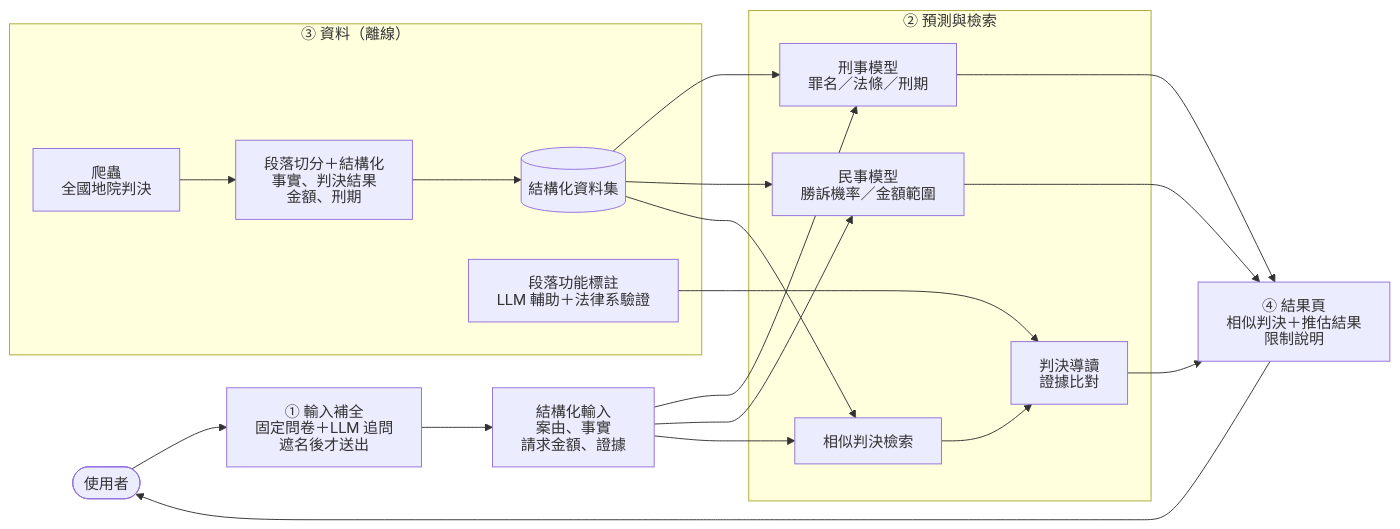
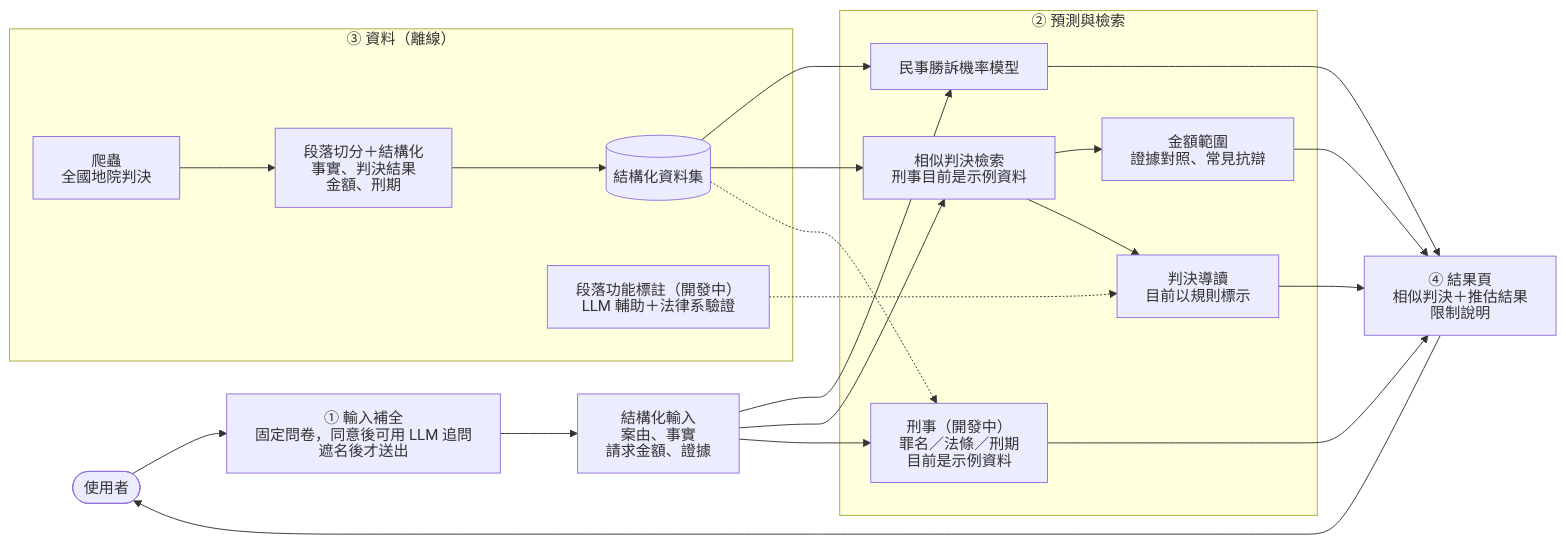
One commit to yuzuEN/JudgementDigest changed the diagram in README.md. Above: the diagram before and after it, drawn with Mermaid. The commit also changed other lines of this file and 3 other files, not shown here.

First line of the commit message:
docs: 架構圖與文件對齊目前的系統

````diff
--- a/README.md
+++ b/README.md
@@ -26,26 +27,28 @@
 ```mermaid
 %%{init: {"htmlLabels": false, "flowchart": {"htmlLabels": false, "wrappingWidth": 400}}}%%
 flowchart LR
-    U([使用者]) --> FE["① 輸入補全<br/>固定問卷＋LLM 追問<br/>遮名後才送出"]
+    U([使用者]) --> FE["① 輸入補全<br/>固定問卷，同意後可用 LLM 追問<br/>遮名後才送出"]
     FE --> IN["結構化輸入<br/>案由、事實<br/>請求金額、證據"]
 
     subgraph BE["② 預測與檢索"]
-        CRI["刑事模型<br/>罪名／法條／刑期"]
-        CIV["民事模型<br/>勝訴機率／金額範圍"]
-        RET["相似判決檢索"]
-        ANN["判決導讀<br/>證據比對"]
-        RET --> ANN
+        CIV["民事勝訴機率模型"]
+        RET["相似判決檢索<br/>刑事目前是示例資料"]
+        AMT["金額範圍<br/>證據對照、常見抗辯"]
+        ANN["判決導讀<br/>目前以規則標示"]
+        CRI["刑事（開發中）<br/>罪名／法條／刑期<br/>目前是示例資料"]
+        RET --> AMT & ANN
     end
 
     subgraph DATA["③ 資料（離線）"]
         CR["爬蟲<br/>全國地院判決"] --> ST["段落切分＋結構化<br/>事實、判決結果<br/>金額、刑期"]
         ST --> DS[("結構化資料集")]
-        TAG["段落功能標註<br/>LLM 輔助＋法律系驗證"]
+        TAG["段落功能標註（開發中）<br/>LLM 輔助＋法律系驗證"]
     end
 
-    IN --> CRI & CIV & RET
-    DS --> CRI & CIV & RET
-    TAG --> ANN
-    CRI & CIV & ANN --> OUT["④ 結果頁<br/>相似判決＋推估結果<br/>限制說明"]
+    IN --> CIV & RET & CRI
+    DS --> CIV & RET
+    DS -.-> CRI
+    TAG -.-> ANN
+    CIV & AMT & ANN & CRI --> OUT["④ 結果頁<br/>相似判決＋推估結果<br/>限制說明"]
     OUT --> U
 ```
````
